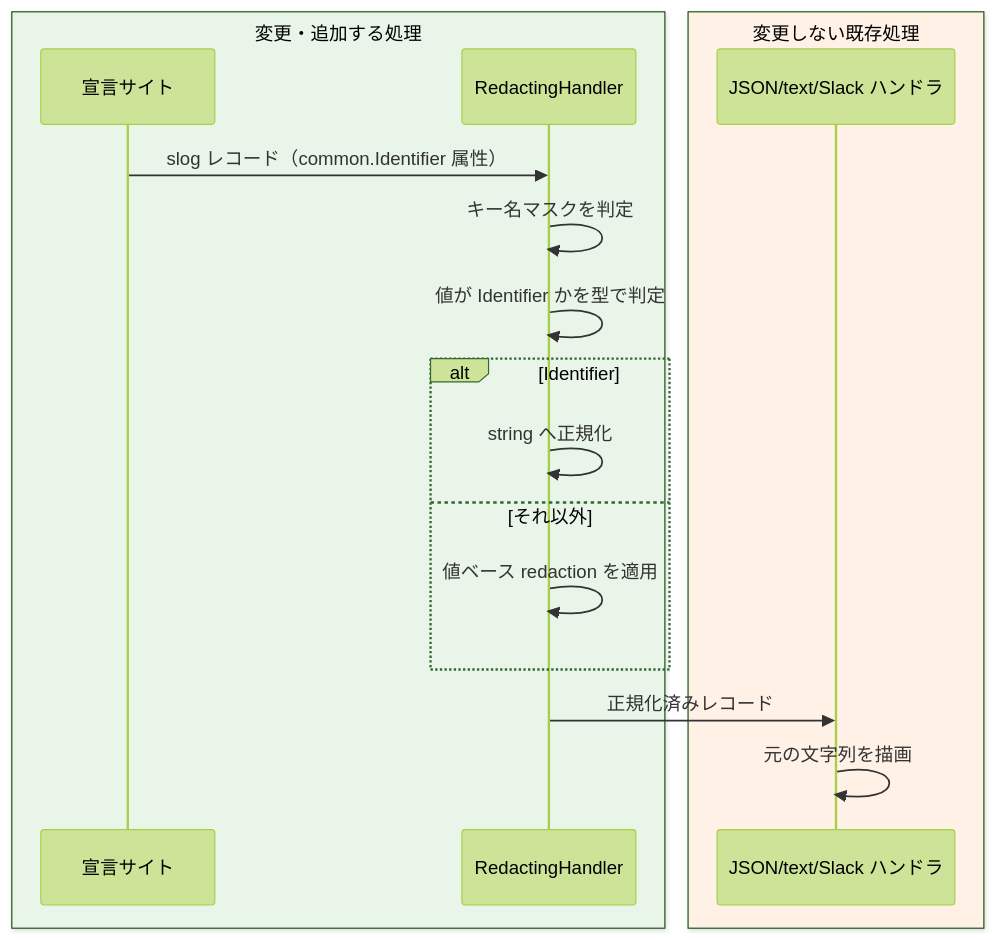
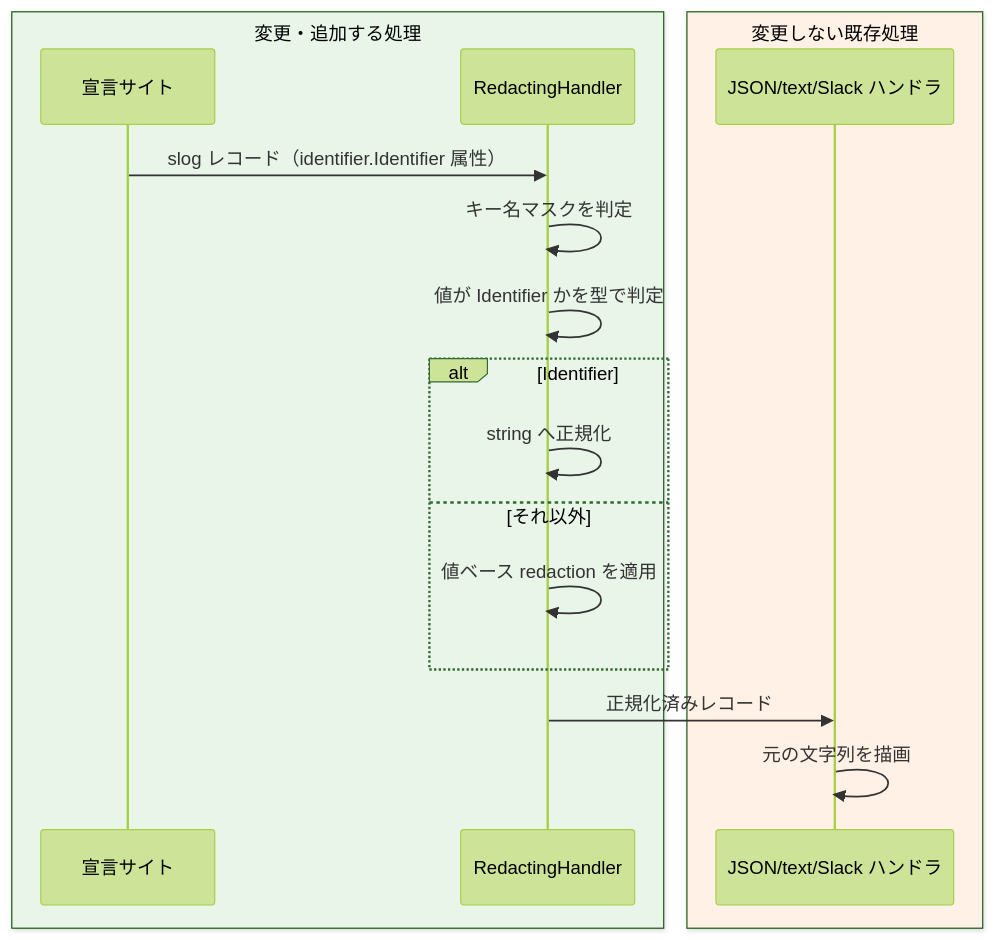
The fifth of 12 diagrams in docs/tasks/0173_identifier_redaction_exemption/02_architecture.md (isseis/go-safe-cmd-runner), drawn with Mermaid (forest theme) before and after one commit. The commit also changed other lines of this file and 2 other files, not shown here.

Commit message:
docs(0173): move Identifier to a leaf package and re-draft documents

````diff
--- a/docs/tasks/0173_identifier_redaction_exemption/02_architecture.md
+++ b/docs/tasks/0173_identifier_redaction_exemption/02_architecture.md
@@ -259,21 +261,21 @@
 ```mermaid
 sequenceDiagram
     box rgb(232,245,232) 変更・追加する処理
         participant P as 宣言サイト
         participant R as RedactingHandler
     end
     box rgb(255,241,230) 変更しない既存処理
         participant D as JSON/text/Slack ハンドラ
     end
 
-    P->>R: slog レコード（common.Identifier 属性）
+    P->>R: slog レコード（identifier.Identifier 属性）
     R->>R: キー名マスクを判定
     R->>R: 値が Identifier かを型で判定
     alt Identifier
         R->>R: string へ正規化
     else それ以外
         R->>R: 値ベース redaction を適用
     end
     R->>D: 正規化済みレコード
     D->>D: 元の文字列を描画
 ```
````
